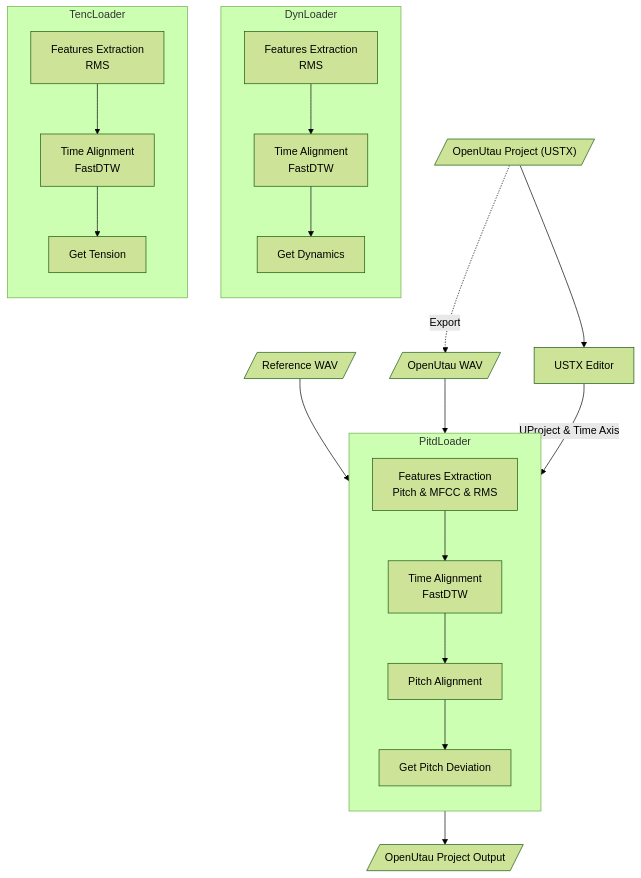
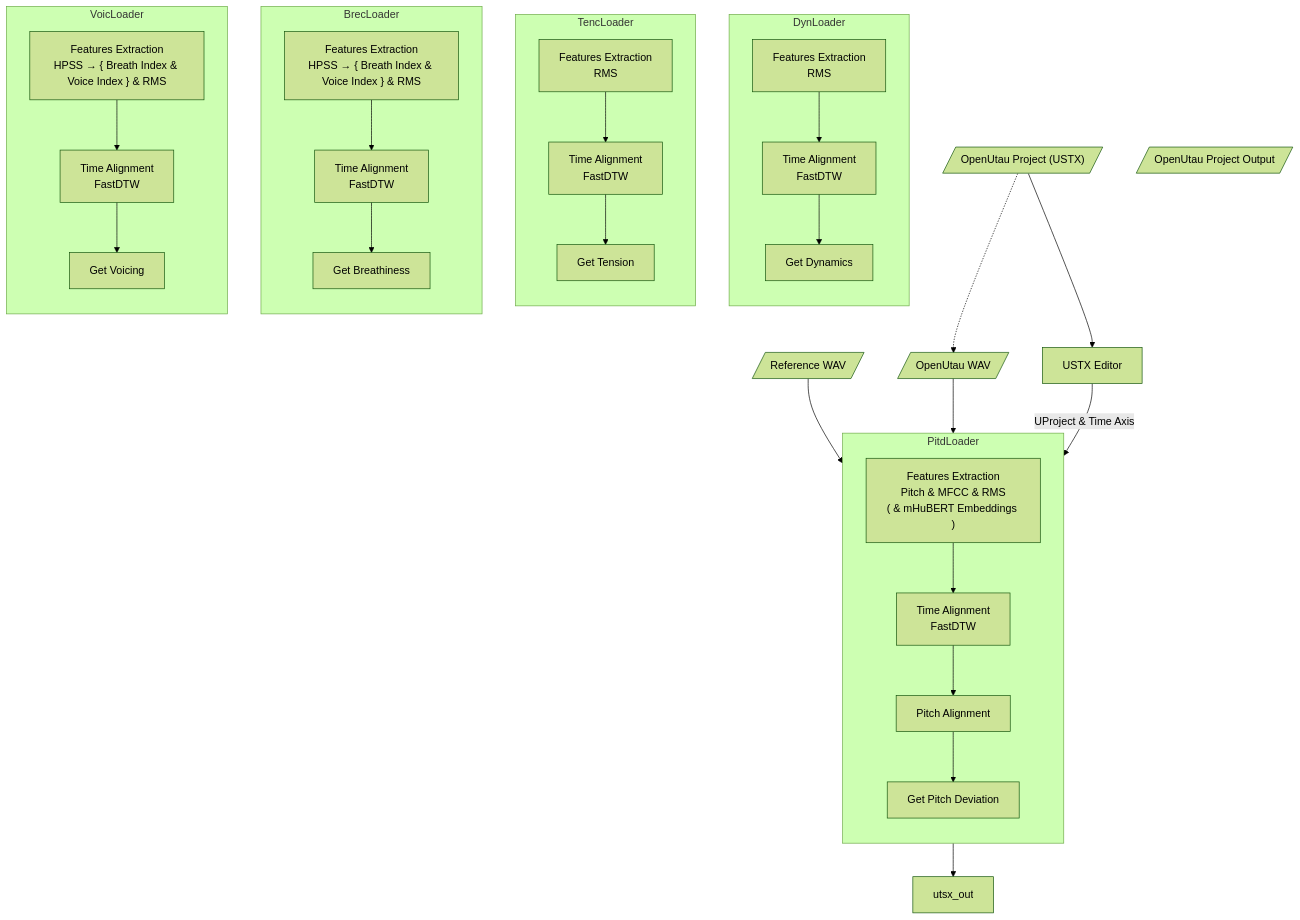
One commit to NewComer00/expressive changed the diagram in README.md. Above: the diagram before and after it, drawn with Mermaid (forest theme). The commit also changed other lines of this file and 25 other files, not shown here.

````diff
--- a/README.md
+++ b/README.md
@@ -253,52 +299,74 @@
 ```mermaid
 graph TB;
   ustx_in[/"OpenUtau Project (USTX)"/]
   refwav[/"Reference WAV"/]
   utauwav[/"OpenUtau WAV"/]
   refwav-->feat_pitd
-  ustx_in-.->|Export|utauwav
+  ustx_in-.->utauwav
   utauwav-->feat_pitd
 
   ustx_editor["USTX Editor"]
   ustx_in-->ustx_editor
   ustx_editor-->|UProject & Time Axis|PitdLoader
 
   subgraph PitdLoader
     direction TB
-    feat_pitd["Features Extraction<br>Pitch & MFCC & RMS"]
+    feat_pitd["Features Extraction<br>Pitch & MFCC & RMS<br>( & mHuBERT Embeddings )"]
 
     time_pitd["Time Alignment<br>FastDTW"]
     feat_pitd-->time_pitd
 
     pitch_algn["Pitch Alignment"]
     time_pitd-->pitch_algn
 
     get_pitd["Get Pitch Deviation"]
     pitch_algn-->get_pitd
   end
 
-  utsx_out[/"OpenUtau Project Output"/]
+  ustx_out[/"OpenUtau Project Output"/]
   get_pitd-->utsx_out
 
   subgraph DynLoader
     direction TB
     feat_dyn["Features Extraction<br>RMS"]
 
     time_dyn["Time Alignment<br>FastDTW"]
     feat_dyn-->time_dyn
 
     get_dyn["Get Dynamics"]
     time_dyn-->get_dyn
   end
 
   subgraph TencLoader
     direction TB
     feat_tenc["Features Extraction<br>RMS"]
 
     time_tenc["Time Alignment<br>FastDTW"]
     feat_tenc-->time_tenc
 
     get_tenc["Get Tension"]
     time_tenc-->get_tenc
   end
+
+  subgraph BrecLoader
+    direction TB
+    feat_brec["Features Extraction<br>HPSS → { Breath Index & Voice Index } & RMS"]
+
+    time_brec["Time Alignment<br>FastDTW"]
+    feat_brec-->time_brec
+
+    get_brec["Get Breathiness"]
+    time_brec-->get_brec
+  end
+
+  subgraph VoicLoader
+    direction TB
+    feat_voic["Features Extraction<br>HPSS → { Breath Index & Voice Index } & RMS"]
+
+    time_voic["Time Alignment<br>FastDTW"]
+    feat_voic-->time_voic
+
+    get_voic["Get Voicing"]
+    time_voic-->get_voic
+  end
 ```
````
